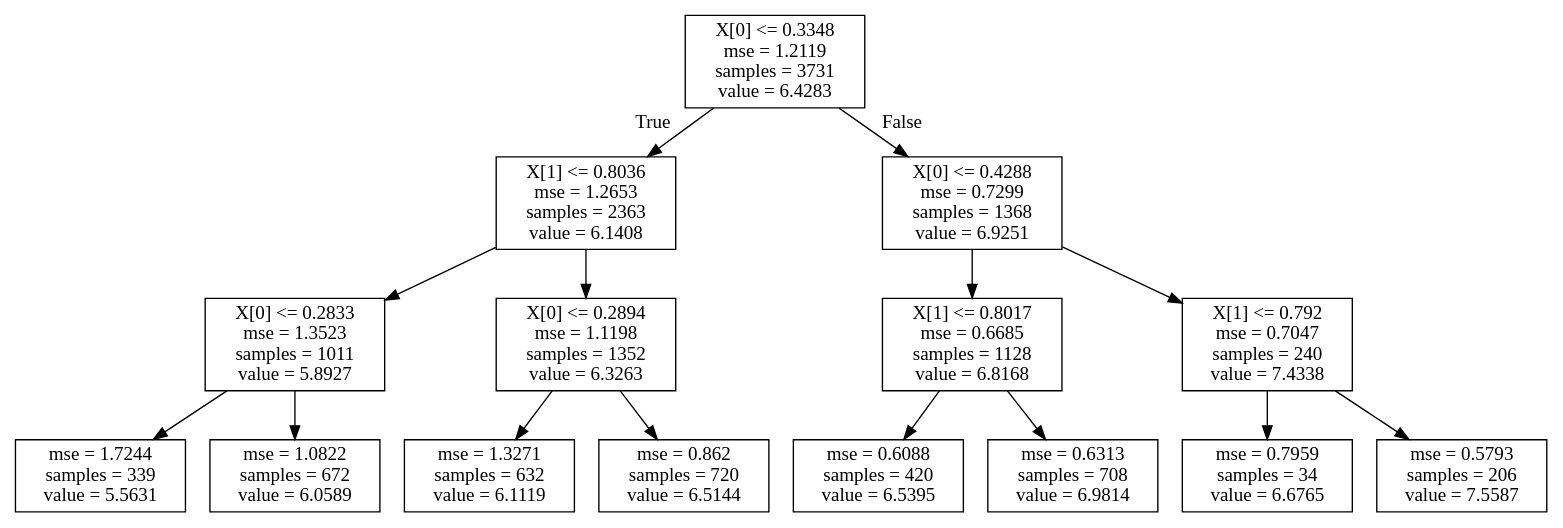
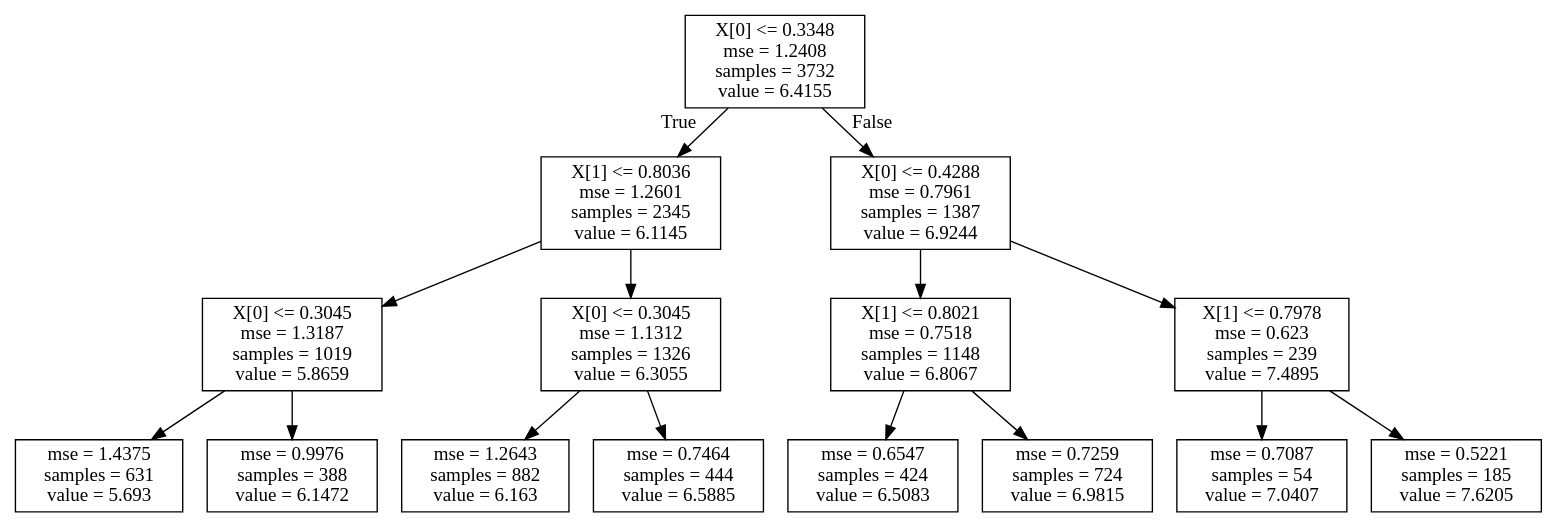
One commit to BDDowns/DB_final_project changed the diagram in results/regressionTreeD3.dot. Above: the diagram before and after it, drawn with Graphviz. The commit also changed 1 other file, not shown here.

```diff
--- a/results/regressionTreeD3.dot
+++ b/results/regressionTreeD3.dot
@@ -1,32 +1,32 @@
 digraph Tree {
 node [shape=box] ;
-0 [label="X[0] <= 0.3348\nmse = 1.2119\nsamples = 3731\nvalue = 6.4283"] ;
-1 [label="X[1] <= 0.8036\nmse = 1.2653\nsamples = 2363\nvalue = 6.1408"] ;
+0 [label="X[0] <= 0.3348\nmse = 1.2408\nsamples = 3732\nvalue = 6.4155"] ;
+1 [label="X[1] <= 0.8036\nmse = 1.2601\nsamples = 2345\nvalue = 6.1145"] ;
 0 -> 1 [labeldistance=2.5, labelangle=45, headlabel="True"] ;
-2 [label="X[0] <= 0.2833\nmse = 1.3523\nsamples = 1011\nvalue = 5.8927"] ;
+2 [label="X[0] <= 0.3045\nmse = 1.3187\nsamples = 1019\nvalue = 5.8659"] ;
 1 -> 2 ;
-3 [label="mse = 1.7244\nsamples = 339\nvalue = 5.5631"] ;
+3 [label="mse = 1.4375\nsamples = 631\nvalue = 5.693"] ;
 2 -> 3 ;
-4 [label="mse = 1.0822\nsamples = 672\nvalue = 6.0589"] ;
+4 [label="mse = 0.9976\nsamples = 388\nvalue = 6.1472"] ;
 2 -> 4 ;
-5 [label="X[0] <= 0.2894\nmse = 1.1198\nsamples = 1352\nvalue = 6.3263"] ;
+5 [label="X[0] <= 0.3045\nmse = 1.1312\nsamples = 1326\nvalue = 6.3055"] ;
 1 -> 5 ;
-6 [label="mse = 1.3271\nsamples = 632\nvalue = 6.1119"] ;
+6 [label="mse = 1.2643\nsamples = 882\nvalue = 6.163"] ;
 5 -> 6 ;
-7 [label="mse = 0.862\nsamples = 720\nvalue = 6.5144"] ;
+7 [label="mse = 0.7464\nsamples = 444\nvalue = 6.5885"] ;
 5 -> 7 ;
-8 [label="X[0] <= 0.4288\nmse = 0.7299\nsamples = 1368\nvalue = 6.9251"] ;
+8 [label="X[0] <= 0.4288\nmse = 0.7961\nsamples = 1387\nvalue = 6.9244"] ;
 0 -> 8 [labeldistance=2.5, labelangle=-45, headlabel="False"] ;
-9 [label="X[1] <= 0.8017\nmse = 0.6685\nsamples = 1128\nvalue = 6.8168"] ;
+9 [label="X[1] <= 0.8021\nmse = 0.7518\nsamples = 1148\nvalue = 6.8067"] ;
 8 -> 9 ;
-10 [label="mse = 0.6088\nsamples = 420\nvalue = 6.5395"] ;
+10 [label="mse = 0.6547\nsamples = 424\nvalue = 6.5083"] ;
 9 -> 10 ;
-11 [label="mse = 0.6313\nsamples = 708\nvalue = 6.9814"] ;
+11 [label="mse = 0.7259\nsamples = 724\nvalue = 6.9815"] ;
 9 -> 11 ;
-12 [label="X[1] <= 0.792\nmse = 0.7047\nsamples = 240\nvalue = 7.4338"] ;
+12 [label="X[1] <= 0.7978\nmse = 0.623\nsamples = 239\nvalue = 7.4895"] ;
 8 -> 12 ;
-13 [label="mse = 0.7959\nsamples = 34\nvalue = 6.6765"] ;
+13 [label="mse = 0.7087\nsamples = 54\nvalue = 7.0407"] ;
 12 -> 13 ;
-14 [label="mse = 0.5793\nsamples = 206\nvalue = 7.5587"] ;
+14 [label="mse = 0.5221\nsamples = 185\nvalue = 7.6205"] ;
 12 -> 14 ;
 }
```
